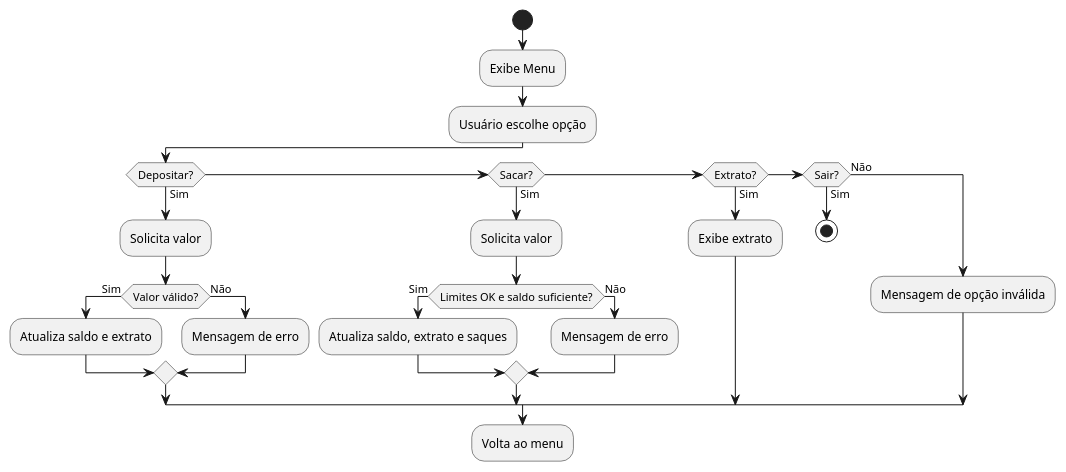
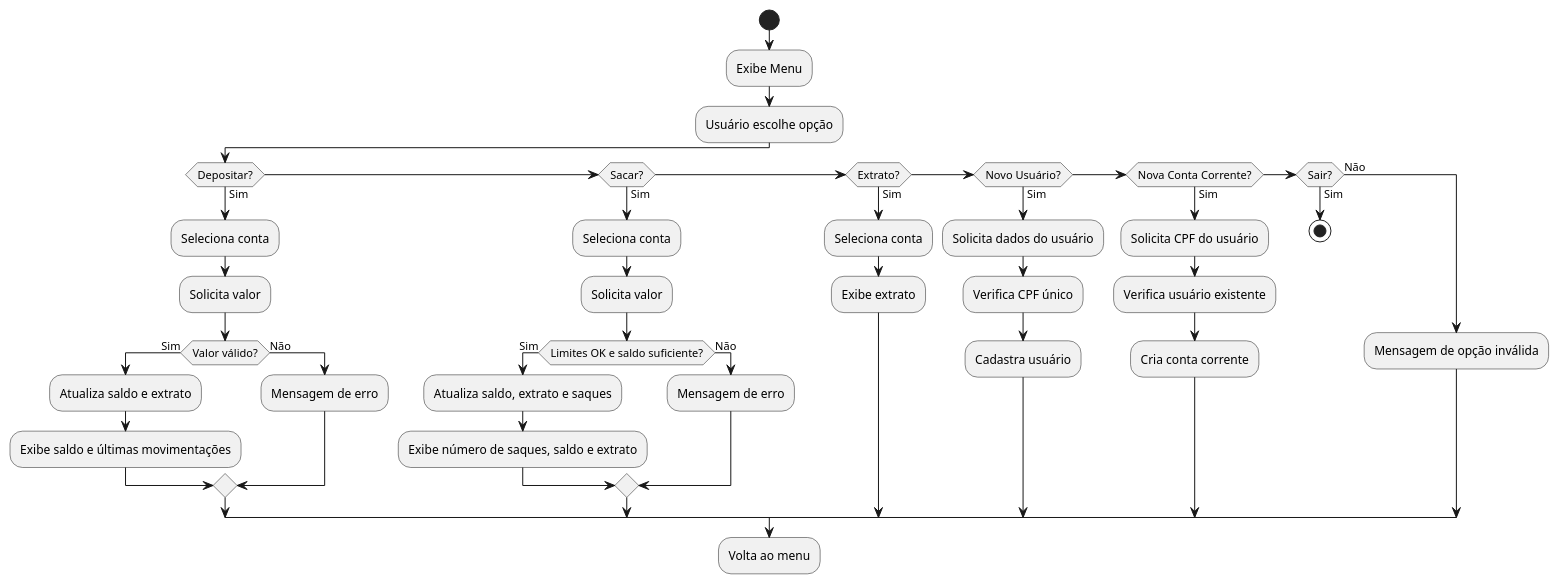
Before and after one commit to R1c4rd0F4gund3s/DIO-SANTANDER-2025---Back-End-com-Python-novas-funcoes: the diagram in scripts/fluxograma.puml, drawn with PlantUML. The commit also changed 2 other files, not shown here.

```diff
--- a/scripts/fluxograma.puml
+++ b/scripts/fluxograma.puml
@@ -1,27 +1,40 @@
 @startuml
 start
 :Exibe Menu;
 :Usuário escolhe opção;
 if (Depositar?) then (Sim)
+  :Seleciona conta;
   :Solicita valor;
   if (Valor válido?) then (Sim)
     :Atualiza saldo e extrato;
+    :Exibe saldo e últimas movimentações;
   else (Não)
     :Mensagem de erro;
   endif
 elseif (Sacar?) then (Sim)
+  :Seleciona conta;
   :Solicita valor;
   if (Limites OK e saldo suficiente?) then (Sim)
     :Atualiza saldo, extrato e saques;
+    :Exibe número de saques, saldo e extrato;
   else (Não)
     :Mensagem de erro;
   endif
 elseif (Extrato?) then (Sim)
+  :Seleciona conta;
   :Exibe extrato;
+elseif (Novo Usuário?) then (Sim)
+  :Solicita dados do usuário;
+  :Verifica CPF único;
+  :Cadastra usuário;
+elseif (Nova Conta Corrente?) then (Sim)
+  :Solicita CPF do usuário;
+  :Verifica usuário existente;
+  :Cria conta corrente;
 elseif (Sair?) then (Sim)
   stop
 else (Não)
   :Mensagem de opção inválida;
 endif
 :Volta ao menu;
 @enduml
```
